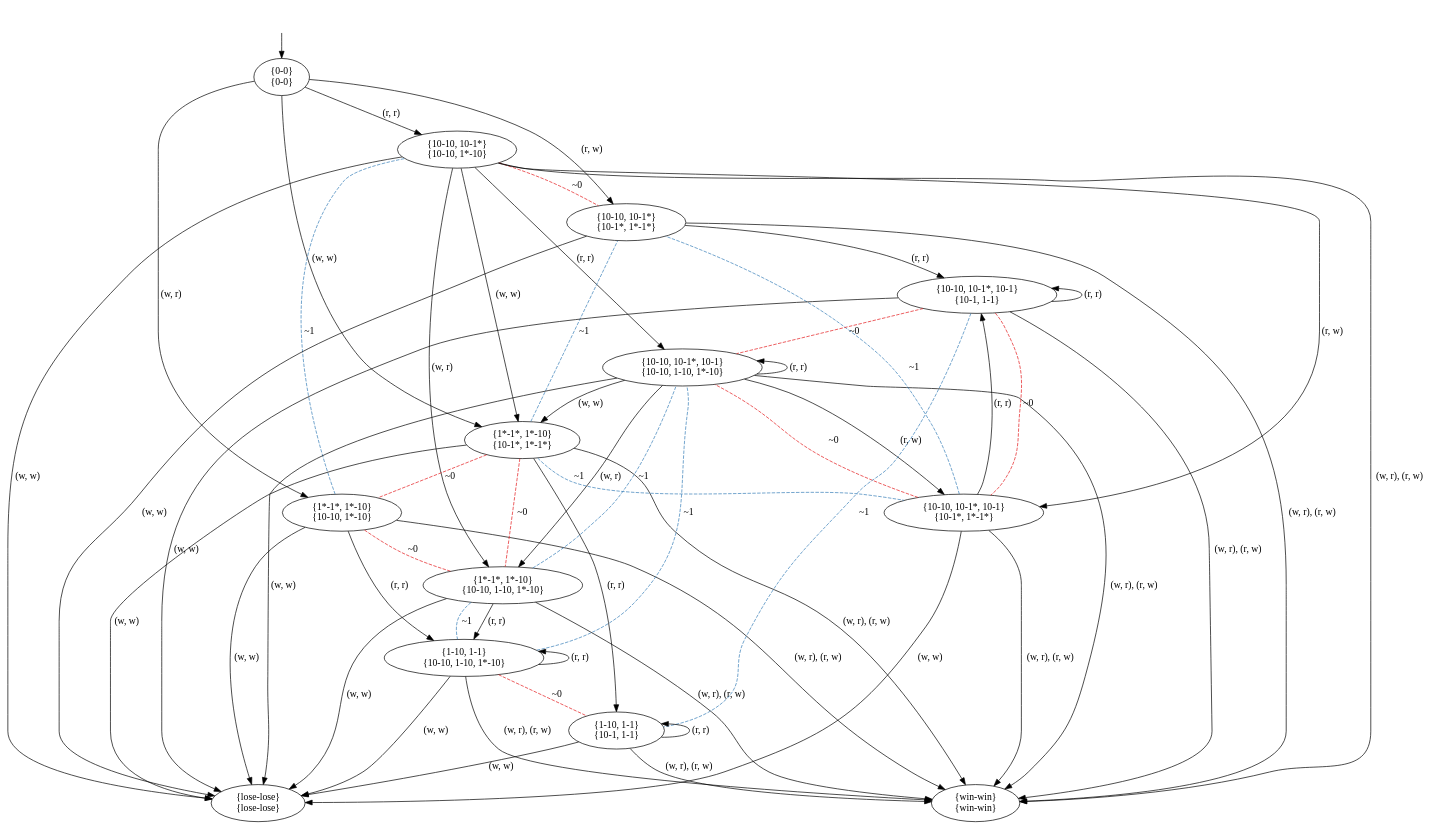
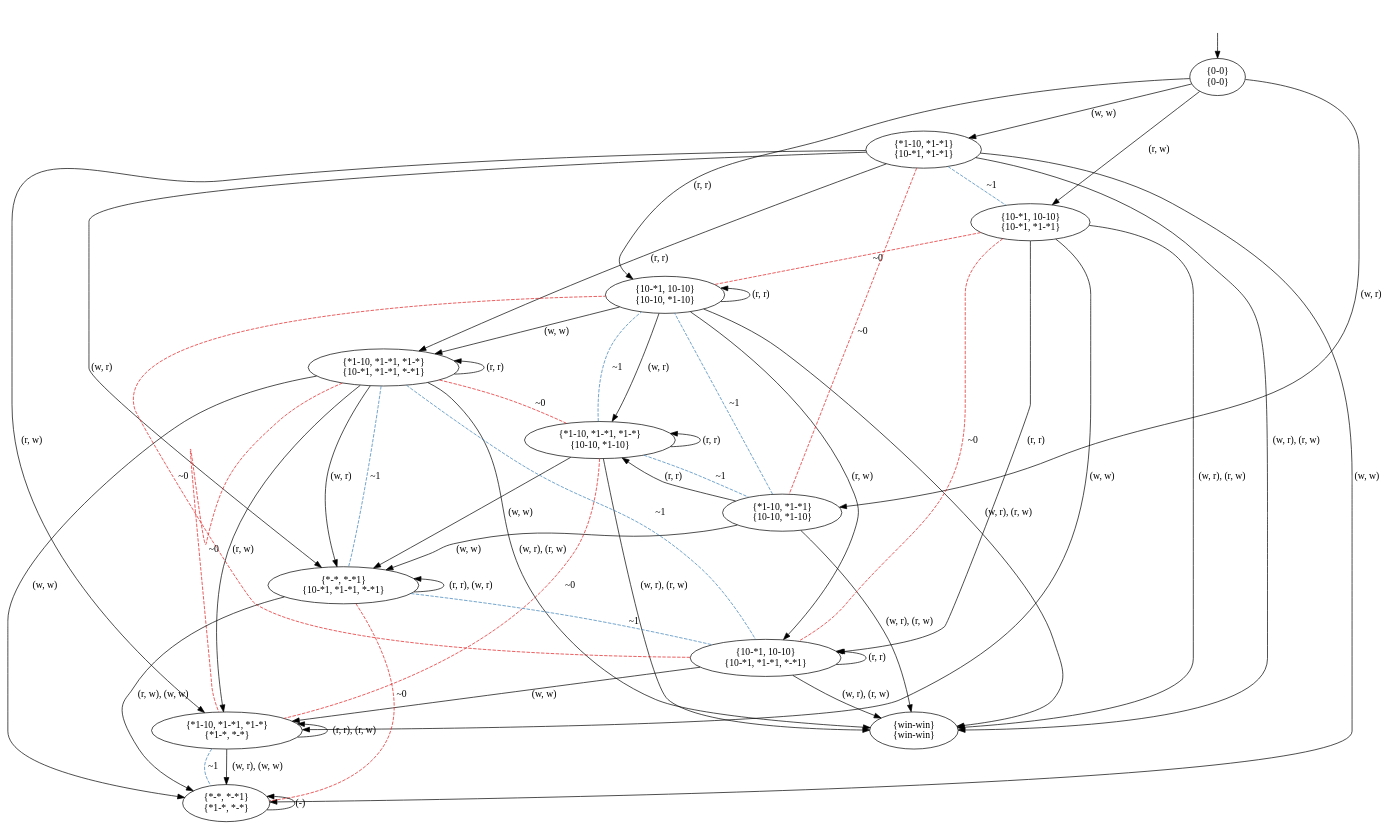
Before and after one commit to olandr/mkbsc: the diagram in pictures/GK2.dot, drawn with Graphviz. The commit also changed 6 other files, not shown here.

```diff
--- a/pictures/GK2.dot
+++ b/pictures/GK2.dot
@@ -1,77 +1,72 @@
 digraph  {
 concentrate=False;
 nodesep=0.5;
 ranksep=0.5;
 splines=True;
-4534619104 [label="{0-0}\n{0-0}"];
-4534619328 [label="{10-10, 10-1*}\n{10-10, 1*-10}"];
-4534619664 [label="{1*-1*, 1*-10}\n{10-10, 1*-10}"];
-4534620000 [label="{10-10, 10-1*}\n{10-1*, 1*-1*}"];
-4534627072 [label="{1*-1*, 1*-10}\n{10-1*, 1*-1*}"];
-4534626288 [label="{10-10, 10-1*, 10-1}\n{10-10, 1-10, 1*-10}"];
-4534624608 [label="{win-win}\n{win-win}"];
-4534625672 [label="{1*-1*, 1*-10}\n{10-10, 1-10, 1*-10}"];
-4534626008 [label="{10-10, 10-1*, 10-1}\n{10-1*, 1*-1*}"];
-4534624720 [label="{lose-lose}\n{lose-lose}"];
-4534624944 [label="{1-10, 1-1}\n{10-10, 1-10, 1*-10}"];
-4534625448 [label="{10-10, 10-1*, 10-1}\n{10-1, 1-1}"];
-4534626736 [label="{1-10, 1-1}\n{10-1, 1-1}"];
+4579909472 [label="{0-0}\n{0-0}"];
+4579909584 [label="{10-*1, 10-10}\n{10-10, *1-10}"];
+4579907008 [label="{*1-10, *1-*1}\n{10-10, *1-10}"];
+4579909024 [label="{10-*1, 10-10}\n{10-*1, *1-*1}"];
+4579907848 [label="{*1-10, *1-*1}\n{10-*1, *1-*1}"];
+4579908632 [label="{win-win}\n{win-win}"];
+4579907232 [label="{*1-10, *1-*1, *1-*}\n{10-10, *1-10}"];
+4579908800 [label="{10-*1, 10-10}\n{10-*1, *1-*1, *-*1}"];
+4579909136 [label="{*1-10, *1-*1, *1-*}\n{10-*1, *1-*1, *-*1}"];
+4579907512 [label="{*-*, *-*1}\n{10-*1, *1-*1, *-*1}"];
+4577150008 [label="{*1-10, *1-*1, *1-*}\n{*1-*, *-*}"];
+4579893824 [label="{*-*, *-*1}\n{*1-*, *-*}"];
 hidden [label="", shape=none];
-4534619104 -> 4534619328  [action="('r', 'r')", key="('r', 'r')", label="(r, r)"];
-4534619104 -> 4534619664  [action="('w', 'r')", key="('w', 'r')", label="(w, r)"];
-4534619104 -> 4534620000  [action="('r', 'w')", key="('r', 'w')", label="(r, w)"];
-4534619104 -> 4534627072  [action="('w', 'w')", key="('w', 'w')", label="(w, w)"];
-4534619328 -> 4534626288  [action="('r', 'r')", key="('r', 'r')", label="(r, r)"];
-4534619328 -> 4534625672  [action="('w', 'r')", key="('w', 'r')", label="(w, r)"];
-4534619328 -> 4534626008  [action="('r', 'w')", key="('r', 'w')", label="(r, w)"];
-4534619328 -> 4534627072  [action="('w', 'w')", key="('w', 'w')", label="(w, w)"];
-4534619328 -> 4534624720  [action="('w', 'w')", key="('w', 'w')", label="(w, w)"];
-4534619328 -> 4534624608  [action="(('w', 'r'), ('r', 'w'))", key="(('w', 'r'), ('r', 'w'))", label="(w, r), (r, w)"];
-4534619328 -> 4534620000  [arrowhead=none, color=1, colorscheme=set19, constraint=True, key=0, label="~0", style=dashed];
-4534619664 -> 4534624944  [action="('r', 'r')", key="('r', 'r')", label="(r, r)"];
-4534619664 -> 4534624720  [action="('w', 'w')", key="('w', 'w')", label="(w, w)"];
-4534619664 -> 4534624608  [action="(('w', 'r'), ('r', 'w'))", key="(('w', 'r'), ('r', 'w'))", label="(w, r), (r, w)"];
-4534619664 -> 4534625672  [arrowhead=none, color=1, colorscheme=set19, constraint=True, key=0, label="~0", style=dashed];
-4534619664 -> 4534619328  [arrowhead=none, color=2, colorscheme=set19, constraint=True, key=0, label="~1", style=dashed];
-4534620000 -> 4534625448  [action="('r', 'r')", key="('r', 'r')", label="(r, r)"];
-4534620000 -> 4534624720  [action="('w', 'w')", key="('w', 'w')", label="(w, w)"];
-4534620000 -> 4534624608  [action="(('w', 'r'), ('r', 'w'))", key="(('w', 'r'), ('r', 'w'))", label="(w, r), (r, w)"];
-4534627072 -> 4534626736  [action="('r', 'r')", key="('r', 'r')", label="(r, r)"];
-4534627072 -> 4534624720  [action="('w', 'w')", key="('w', 'w')", label="(w, w)"];
-4534627072 -> 4534624608  [action="(('w', 'r'), ('r', 'w'))", key="(('w', 'r'), ('r', 'w'))", label="(w, r), (r, w)"];
-4534627072 -> 4534619664  [arrowhead=none, color=1, colorscheme=set19, constraint=True, key=0, label="~0", style=dashed];
-4534627072 -> 4534625672  [arrowhead=none, color=1, colorscheme=set19, constraint=True, key=0, label="~0", style=dashed];
-4534627072 -> 4534626008  [arrowhead=none, color=2, colorscheme=set19, constraint=True, key=0, label="~1", style=dashed];
-4534627072 -> 4534620000  [arrowhead=none, color=2, colorscheme=set19, constraint=True, key=0, label="~1", style=dashed];
-4534626288 -> 4534626288  [action="('r', 'r')", dir=back, key="('r', 'r')", label="(r, r)"];
-4534626288 -> 4534625672  [action="('w', 'r')", key="('w', 'r')", label="(w, r)"];
-4534626288 -> 4534626008  [action="('r', 'w')", key="('r', 'w')", label="(r, w)"];
-4534626288 -> 4534627072  [action="('w', 'w')", key="('w', 'w')", label="(w, w)"];
-4534626288 -> 4534624720  [action="('w', 'w')", key="('w', 'w')", label="(w, w)"];
-4534626288 -> 4534624608  [action="(('w', 'r'), ('r', 'w'))", key="(('w', 'r'), ('r', 'w'))", label="(w, r), (r, w)"];
-4534625672 -> 4534624944  [action="('r', 'r')", key="('r', 'r')", label="(r, r)"];
-4534625672 -> 4534624944  [arrowhead=none, color=2, colorscheme=set19, constraint=True, key=1, label="~1", style=dashed];
-4534625672 -> 4534624720  [action="('w', 'w')", key="('w', 'w')", label="(w, w)"];
-4534625672 -> 4534624608  [action="(('w', 'r'), ('r', 'w'))", key="(('w', 'r'), ('r', 'w'))", label="(w, r), (r, w)"];
-4534625672 -> 4534626288  [arrowhead=none, color=2, colorscheme=set19, constraint=True, key=0, label="~1", style=dashed];
-4534626008 -> 4534625448  [action="('r', 'r')", key="('r', 'r')", label="(r, r)"];
-4534626008 -> 4534624720  [action="('w', 'w')", key="('w', 'w')", label="(w, w)"];
-4534626008 -> 4534624608  [action="(('w', 'r'), ('r', 'w'))", key="(('w', 'r'), ('r', 'w'))", label="(w, r), (r, w)"];
-4534626008 -> 4534626288  [arrowhead=none, color=1, colorscheme=set19, constraint=True, key=0, label="~0", style=dashed];
-4534626008 -> 4534620000  [arrowhead=none, color=2, colorscheme=set19, constraint=True, key=0, label="~1", style=dashed];
-4534624944 -> 4534624944  [action="('r', 'r')", dir=back, key="('r', 'r')", label="(r, r)"];
-4534624944 -> 4534624720  [action="('w', 'w')", key="('w', 'w')", label="(w, w)"];
-4534624944 -> 4534624608  [action="(('w', 'r'), ('r', 'w'))", key="(('w', 'r'), ('r', 'w'))", label="(w, r), (r, w)"];
-4534624944 -> 4534626736  [arrowhead=none, color=1, colorscheme=set19, constraint=True, key=0, label="~0", style=dashed];
-4534624944 -> 4534626288  [arrowhead=none, color=2, colorscheme=set19, constraint=True, key=0, label="~1", style=dashed];
-4534625448 -> 4534625448  [action="('r', 'r')", dir=back, key="('r', 'r')", label="(r, r)"];
-4534625448 -> 4534624720  [action="('w', 'w')", key="('w', 'w')", label="(w, w)"];
-4534625448 -> 4534624608  [action="(('w', 'r'), ('r', 'w'))", key="(('w', 'r'), ('r', 'w'))", label="(w, r), (r, w)"];
-4534625448 -> 4534626008  [arrowhead=none, color=1, colorscheme=set19, constraint=True, key=0, label="~0", style=dashed];
-4534625448 -> 4534626288  [arrowhead=none, color=1, colorscheme=set19, constraint=True, key=0, label="~0", style=dashed];
-4534625448 -> 4534626736  [arrowhead=none, color=2, colorscheme=set19, constraint=True, key=0, label="~1", style=dashed];
-4534626736 -> 4534626736  [action="('r', 'r')", dir=back, key="('r', 'r')", label="(r, r)"];
-4534626736 -> 4534624720  [action="('w', 'w')", key="('w', 'w')", label="(w, w)"];
-4534626736 -> 4534624608  [action="(('w', 'r'), ('r', 'w'))", key="(('w', 'r'), ('r', 'w'))", label="(w, r), (r, w)"];
-hidden -> 4534619104  [key=0];
+4579909472 -> 4579909584  [action="('r', 'r')", key="('r', 'r')", label="(r, r)"];
+4579909472 -> 4579907008  [action="('w', 'r')", key="('w', 'r')", label="(w, r)"];
+4579909472 -> 4579909024  [action="('r', 'w')", key="('r', 'w')", label="(r, w)"];
+4579909472 -> 4579907848  [action="('w', 'w')", key="('w', 'w')", label="(w, w)"];
+4579909584 -> 4579909584  [action="('r', 'r')", dir=back, key="('r', 'r')", label="(r, r)"];
+4579909584 -> 4579907232  [action="('w', 'r')", key="('w', 'r')", label="(w, r)"];
+4579909584 -> 4579908800  [action="('r', 'w')", key="('r', 'w')", label="(r, w)"];
+4579909584 -> 4579909136  [action="('w', 'w')", key="('w', 'w')", label="(w, w)"];
+4579909584 -> 4579908632  [action="(('w', 'r'), ('r', 'w'))", key="(('w', 'r'), ('r', 'w'))", label="(w, r), (r, w)"];
+4579907008 -> 4579907232  [action="('r', 'r')", key="('r', 'r')", label="(r, r)"];
+4579907008 -> 4579907512  [action="('w', 'w')", key="('w', 'w')", label="(w, w)"];
+4579907008 -> 4579908632  [action="(('w', 'r'), ('r', 'w'))", key="(('w', 'r'), ('r', 'w'))", label="(w, r), (r, w)"];
+4579907008 -> 4579909584  [arrowhead=none, color=2, colorscheme=set19, constraint=True, key=0, label="~1", style=dashed];
+4579909024 -> 4579908800  [action="('r', 'r')", key="('r', 'r')", label="(r, r)"];
+4579909024 -> 4579908800  [arrowhead=none, color=1, colorscheme=set19, constraint=True, key=1, label="~0", style=dashed];
+4579909024 -> 4577150008  [action="('w', 'w')", key="('w', 'w')", label="(w, w)"];
+4579909024 -> 4579908632  [action="(('w', 'r'), ('r', 'w'))", key="(('w', 'r'), ('r', 'w'))", label="(w, r), (r, w)"];
+4579909024 -> 4579909584  [arrowhead=none, color=1, colorscheme=set19, constraint=True, key=0, label="~0", style=dashed];
+4579907848 -> 4579909136  [action="('r', 'r')", key="('r', 'r')", label="(r, r)"];
+4579907848 -> 4579907512  [action="('w', 'r')", key="('w', 'r')", label="(w, r)"];
+4579907848 -> 4577150008  [action="('r', 'w')", key="('r', 'w')", label="(r, w)"];
+4579907848 -> 4579893824  [action="('w', 'w')", key="('w', 'w')", label="(w, w)"];
+4579907848 -> 4579908632  [action="(('w', 'r'), ('r', 'w'))", key="(('w', 'r'), ('r', 'w'))", label="(w, r), (r, w)"];
+4579907848 -> 4579907008  [arrowhead=none, color=1, colorscheme=set19, constraint=True, key=0, label="~0", style=dashed];
+4579907848 -> 4579909024  [arrowhead=none, color=2, colorscheme=set19, constraint=True, key=0, label="~1", style=dashed];
+4579907232 -> 4579907232  [action="('r', 'r')", dir=back, key="('r', 'r')", label="(r, r)"];
+4579907232 -> 4579907512  [action="('w', 'w')", key="('w', 'w')", label="(w, w)"];
+4579907232 -> 4579908632  [action="(('w', 'r'), ('r', 'w'))", key="(('w', 'r'), ('r', 'w'))", label="(w, r), (r, w)"];
+4579907232 -> 4577150008  [arrowhead=none, color=1, colorscheme=set19, constraint=True, key=0, label="~0", style=dashed];
+4579907232 -> 4579907008  [arrowhead=none, color=2, colorscheme=set19, constraint=True, key=0, label="~1", style=dashed];
+4579907232 -> 4579909584  [arrowhead=none, color=2, colorscheme=set19, constraint=True, key=0, label="~1", style=dashed];
+4579908800 -> 4579908800  [action="('r', 'r')", dir=back, key="('r', 'r')", label="(r, r)"];
+4579908800 -> 4577150008  [action="('w', 'w')", key="('w', 'w')", label="(w, w)"];
+4579908800 -> 4579908632  [action="(('w', 'r'), ('r', 'w'))", key="(('w', 'r'), ('r', 'w'))", label="(w, r), (r, w)"];
+4579908800 -> 4579909584  [arrowhead=none, color=1, colorscheme=set19, constraint=True, key=0, label="~0", style=dashed];
+4579909136 -> 4579909136  [action="('r', 'r')", dir=back, key="('r', 'r')", label="(r, r)"];
+4579909136 -> 4579907512  [action="('w', 'r')", key="('w', 'r')", label="(w, r)"];
+4579909136 -> 4579907512  [arrowhead=none, color=2, colorscheme=set19, constraint=True, key=1, label="~1", style=dashed];
+4579909136 -> 4577150008  [action="('r', 'w')", key="('r', 'w')", label="(r, w)"];
+4579909136 -> 4577150008  [arrowhead=none, color=1, colorscheme=set19, constraint=True, key=1, label="~0", style=dashed];
+4579909136 -> 4579893824  [action="('w', 'w')", key="('w', 'w')", label="(w, w)"];
+4579909136 -> 4579908632  [action="(('w', 'r'), ('r', 'w'))", key="(('w', 'r'), ('r', 'w'))", label="(w, r), (r, w)"];
+4579909136 -> 4579907232  [arrowhead=none, color=1, colorscheme=set19, constraint=True, key=0, label="~0", style=dashed];
+4579909136 -> 4579908800  [arrowhead=none, color=2, colorscheme=set19, constraint=True, key=0, label="~1", style=dashed];
+4579907512 -> 4579907512  [action="(('r', 'r'), ('w', 'r'))", dir=back, key="(('r', 'r'), ('w', 'r'))", label="(r, r), (w, r)"];
+4579907512 -> 4579893824  [action="(('r', 'w'), ('w', 'w'))", key="(('r', 'w'), ('w', 'w'))", label="(r, w), (w, w)"];
+4579907512 -> 4579893824  [arrowhead=none, color=1, colorscheme=set19, constraint=True, key=1, label="~0", style=dashed];
+4579907512 -> 4579908800  [arrowhead=none, color=2, colorscheme=set19, constraint=True, key=0, label="~1", style=dashed];
+4577150008 -> 4577150008  [action="(('r', 'r'), ('r', 'w'))", dir=back, key="(('r', 'r'), ('r', 'w'))", label="(r, r), (r, w)"];
+4577150008 -> 4579893824  [action="(('w', 'r'), ('w', 'w'))", key="(('w', 'r'), ('w', 'w'))", label="(w, r), (w, w)"];
+4577150008 -> 4579893824  [arrowhead=none, color=2, colorscheme=set19, constraint=True, key=1, label="~1", style=dashed];
+4579893824 -> 4579893824  [action="(('r', 'r'), ('w', 'r'), ('r', 'w'), ('w', 'w'))", dir=back, key="(('r', 'r'), ('w', 'r'), ('r', 'w'), ('w', 'w'))", label="(-)"];
+hidden -> 4579909472  [key=0];
 }
```
